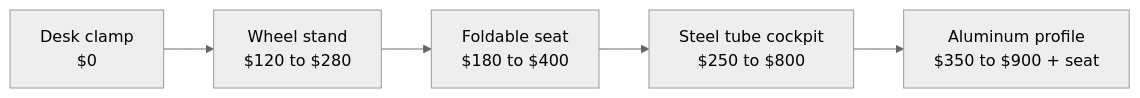
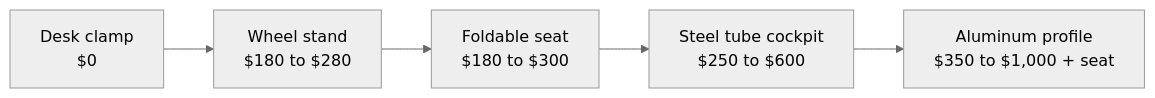
One commit to johnjp15/sim-racing-guide changed the diagram in docs/components/chassis-mounts.md. Above: the diagram before and after it, drawn with Mermaid (neutral theme). The commit also changed other lines of this file and 36 other files, not shown here.

````diff
--- a/docs/components/chassis-mounts.md
+++ b/docs/components/chassis-mounts.md
@@ -17,4 +15,4 @@
 ```mermaid
 flowchart LR
-    A[Desk clamp<br>$0] --> B[Wheel stand<br>$120 to $280] --> C[Foldable seat<br>$180 to $400] --> D[Steel tube cockpit<br>$250 to $800] --> E[Aluminum profile<br>$350 to $900 + seat]
+    A[Desk clamp<br>$0] --> B[Wheel stand<br>$180 to $280] --> C[Foldable seat<br>$180 to $300] --> D[Steel tube cockpit<br>$250 to $600] --> E[Aluminum profile<br>$350 to $1,000 + seat]
 ```
````
